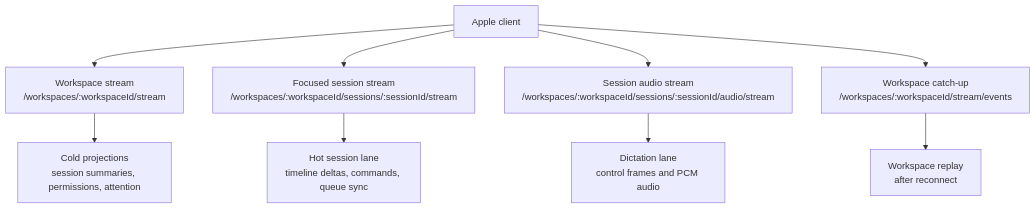
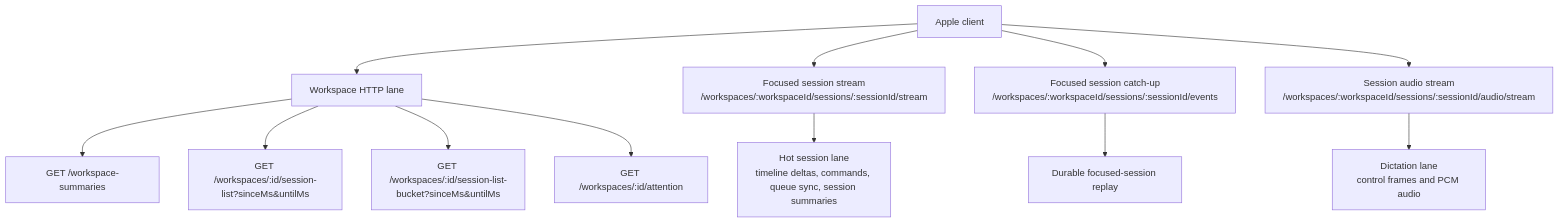
The second of 6 diagrams in docs/architecture.md (duh17/oppi), drawn with Mermaid before and after one commit. The commit also changed other lines of this file and 81 other files, not shown here.

````diff
--- a/docs/architecture.md
+++ b/docs/architecture.md
@@ -55,14 +56,18 @@
 ```mermaid
 graph TD
   Client[Apple client]
 
-  Client --> WorkspaceWS[Workspace stream<br/>/workspaces/:workspaceId/stream]
+  Client --> WorkspaceHTTP[Workspace HTTP lane]
   Client --> SessionWS[Focused session stream<br/>/workspaces/:workspaceId/sessions/:sessionId/stream]
+  Client --> SessionCatchup[Focused session catch-up<br/>/workspaces/:workspaceId/sessions/:sessionId/events]
   Client --> AudioWS[Session audio stream<br/>/workspaces/:workspaceId/sessions/:sessionId/audio/stream]
-  Client --> Catchup[Workspace catch-up<br/>/workspaces/:workspaceId/stream/events]
 
-  WorkspaceWS --> Cold[Cold projections<br/>session summaries, permissions, attention]
-  SessionWS --> Hot[Hot session lane<br/>timeline deltas, commands, queue sync]
+  WorkspaceHTTP --> Summaries[GET /workspace-summaries]
+  WorkspaceHTTP --> RecentList[GET /workspaces/:id/session-list?sinceMs&untilMs]
+  WorkspaceHTTP --> ArchiveBucket[GET /workspaces/:id/session-list-bucket?sinceMs&untilMs]
+  WorkspaceHTTP --> Attention[GET /workspaces/:id/attention]
+
+  SessionWS --> Hot[Hot session lane<br/>timeline deltas, commands, queue sync, session summaries]
   AudioWS --> Dictation[Dictation lane<br/>control frames and PCM audio]
-  Catchup --> Replay[Workspace replay<br/>after reconnect]
+  SessionCatchup --> Replay[Durable focused-session replay]
 ```
````
